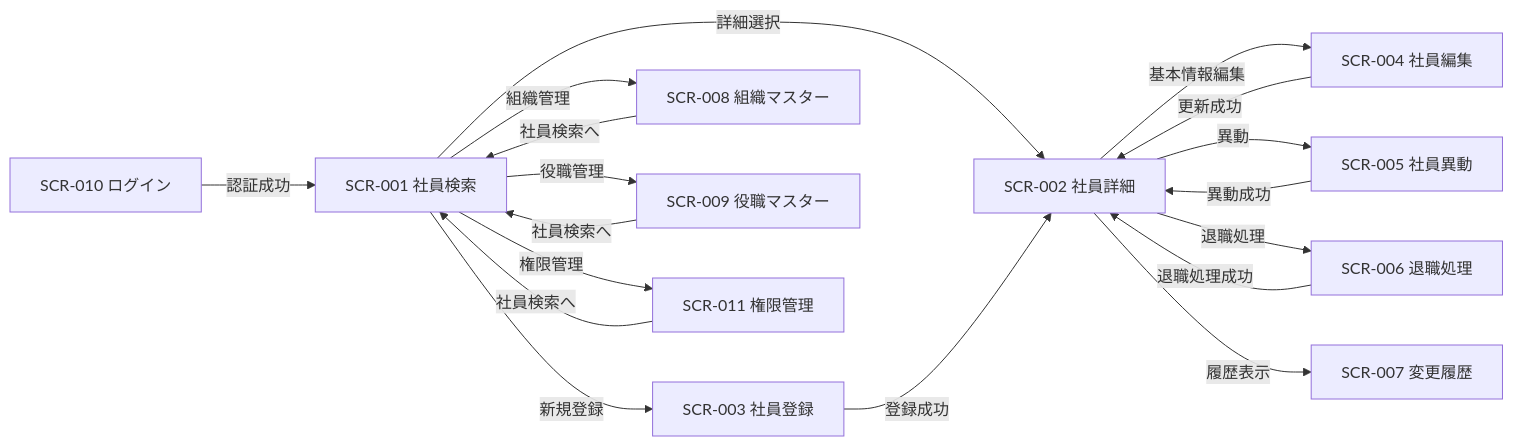
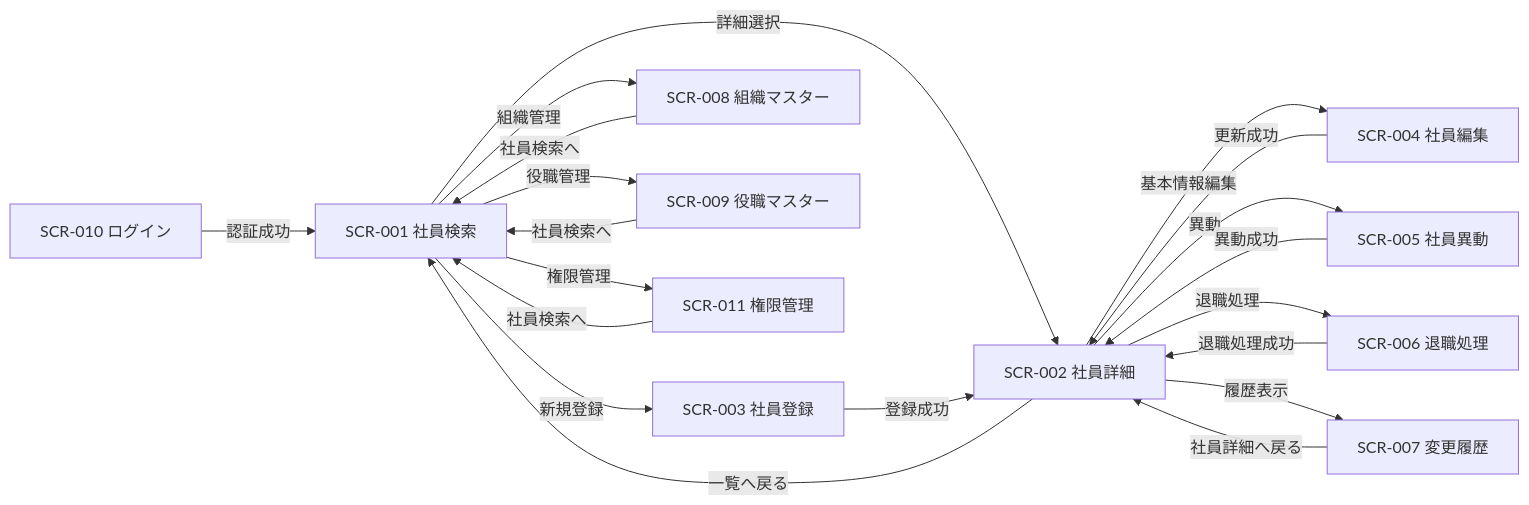
The diagram in 社員名簿管理システム/04_画面設計.md (sikakou54/system-document-template), drawn with Mermaid before and after one commit. The commit also changed other lines of this file and 12 other files, not shown here.

````diff
--- a/社員名簿管理システム/04_画面設計.md
+++ b/社員名簿管理システム/04_画面設計.md
@@ -54,20 +54,22 @@
 ```mermaid
 flowchart LR
     SCR010["SCR-010 ログイン"] -->|認証成功| SCR001["SCR-001 社員検索"]
     SCR001 -->|詳細選択| SCR002["SCR-002 社員詳細"]
     SCR001 -->|新規登録| SCR003["SCR-003 社員登録"]
     SCR002 -->|基本情報編集| SCR004["SCR-004 社員編集"]
     SCR002 -->|異動| SCR005["SCR-005 社員異動"]
     SCR002 -->|退職処理| SCR006["SCR-006 退職処理"]
     SCR002 -->|履歴表示| SCR007["SCR-007 変更履歴"]
     SCR003 -->|登録成功| SCR002
     SCR004 -->|更新成功| SCR002
     SCR005 -->|異動成功| SCR002
     SCR006 -->|退職処理成功| SCR002
+    SCR002 -->|一覧へ戻る| SCR001
+    SCR007 -->|社員詳細へ戻る| SCR002
     SCR008["SCR-008 組織マスター"] -->|社員検索へ| SCR001
     SCR009["SCR-009 役職マスター"] -->|社員検索へ| SCR001
     SCR011["SCR-011 権限管理"] -->|社員検索へ| SCR001
     SCR001 -->|組織管理| SCR008
     SCR001 -->|役職管理| SCR009
     SCR001 -->|権限管理| SCR011
 ```
````
